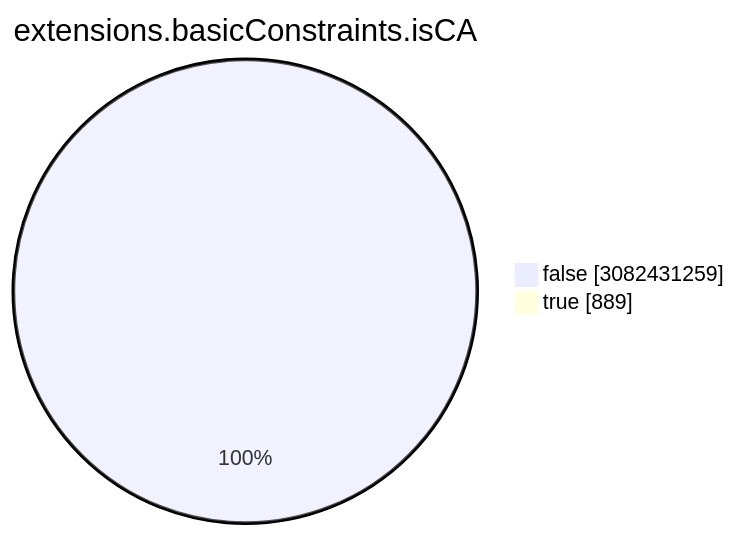
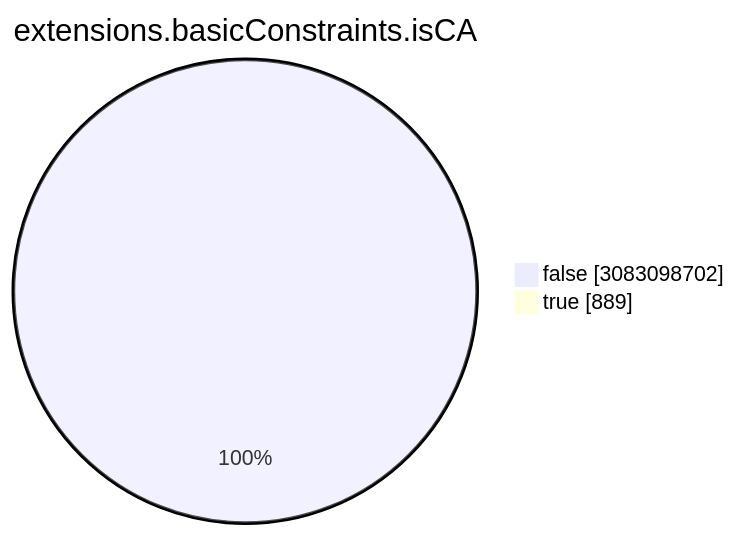
One commit to christiankrug/ctmonitor_visualization changed the seventh of 15 diagrams in TOTAL/README.md. Above: the diagram before and after it, drawn with Mermaid. The commit also changed other lines of this file, not shown here.

````diff
--- a/TOTAL/README.md
+++ b/TOTAL/README.md
@@ -3086,6 +3086,6 @@
 ```mermaid
 pie showData
 title extensions.basicConstraints.isCA
-"false" :3082431259
+"false" :3083098702
 "true" :889
 ```
````
